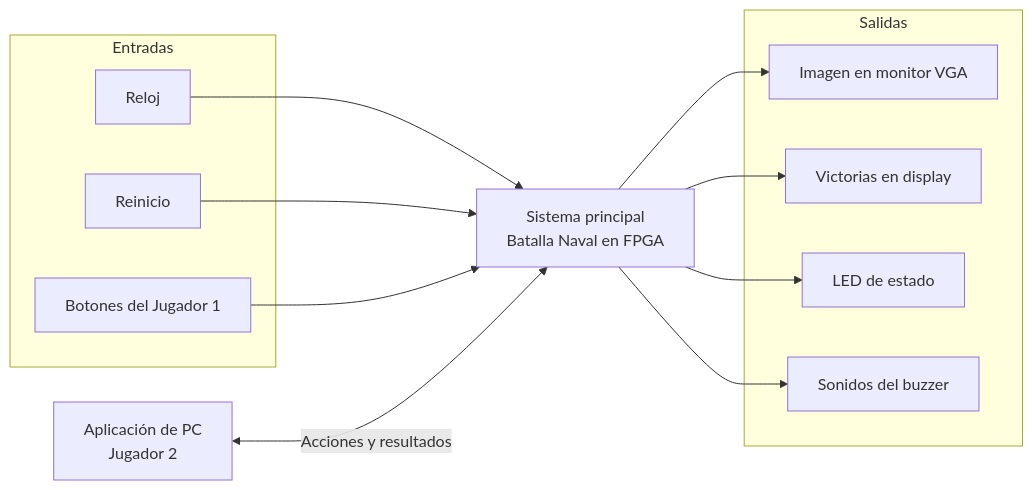
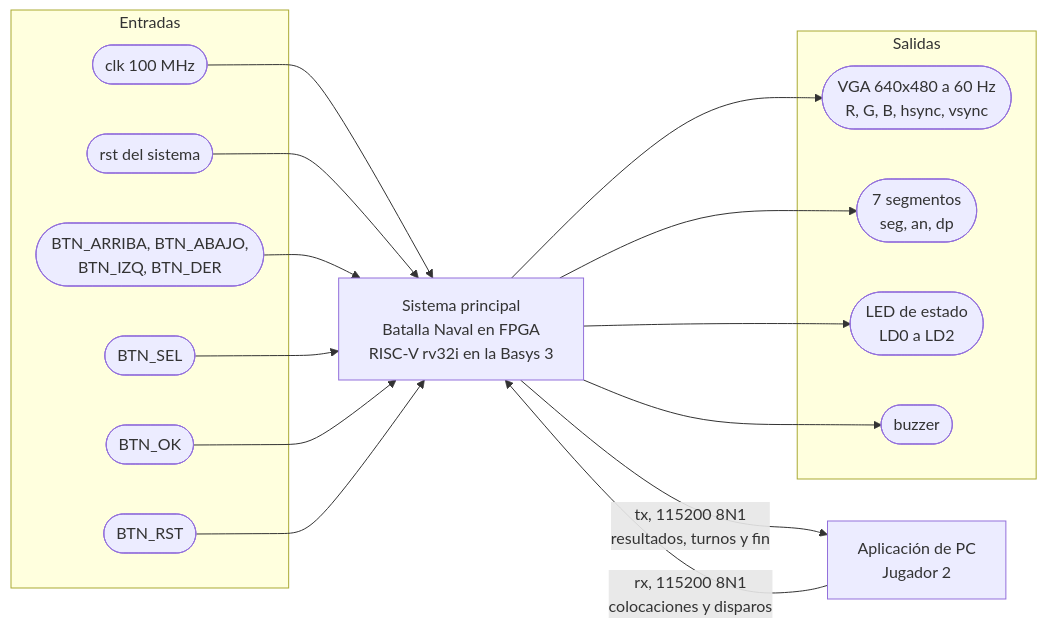
Before and after one commit to Taller-de-diseno-digital-GR01/Proyecto-3-Batalla-Naval: the diagram in docs/diseño/diagramas/nivel01.md, drawn with Mermaid. The commit also changed other lines of this file, not shown here.

````diff
--- a/docs/diseño/diagramas/nivel01.md
+++ b/docs/diseño/diagramas/nivel01.md
@@ -5,27 +5,34 @@
 ```mermaid
 flowchart LR
     subgraph Entradas
-        CLK["Reloj"]
-        RST["Reinicio"]
-        BTN["Botones del Jugador 1"]
+        CLK(["clk 100 MHz"])
+        RST(["rst del sistema"])
+        NAV(["BTN_ARRIBA, BTN_ABAJO,<br/>BTN_IZQ, BTN_DER"])
+        SEL(["BTN_SEL"])
+        OK(["BTN_OK"])
+        BRST(["BTN_RST"])
     end
 
-    SYS["Sistema principal<br/>Batalla Naval en FPGA"]
+    SYS["Sistema principal<br/>Batalla Naval en FPGA<br/>RISC-V rv32i en la Basys 3"]
     PC["Aplicación de PC<br/>Jugador 2"]
 
     subgraph Salidas
-        VGA["Imagen en monitor VGA"]
-        DISP["Victorias en display"]
-        LED["LED de estado"]
-        BUZ["Sonidos del buzzer"]
+        VGA(["VGA 640x480 a 60 Hz<br/>R, G, B, hsync, vsync"])
+        DISP(["7 segmentos<br/>seg, an, dp"])
+        LED(["LED de estado<br/>LD0 a LD2"])
+        BUZ(["buzzer"])
     end
 
     CLK --> SYS
     RST --> SYS
-    BTN --> SYS
-    PC <-->|"Acciones y resultados"| SYS
+    NAV --> SYS
+    SEL --> SYS
+    OK --> SYS
+    BRST --> SYS
+    PC -->|"rx, 115200 8N1<br/>colocaciones y disparos"| SYS
+    SYS -->|"tx, 115200 8N1<br/>resultados, turnos y fin"| PC
     SYS --> VGA
     SYS --> DISP
     SYS --> LED
     SYS --> BUZ
 ```
````
